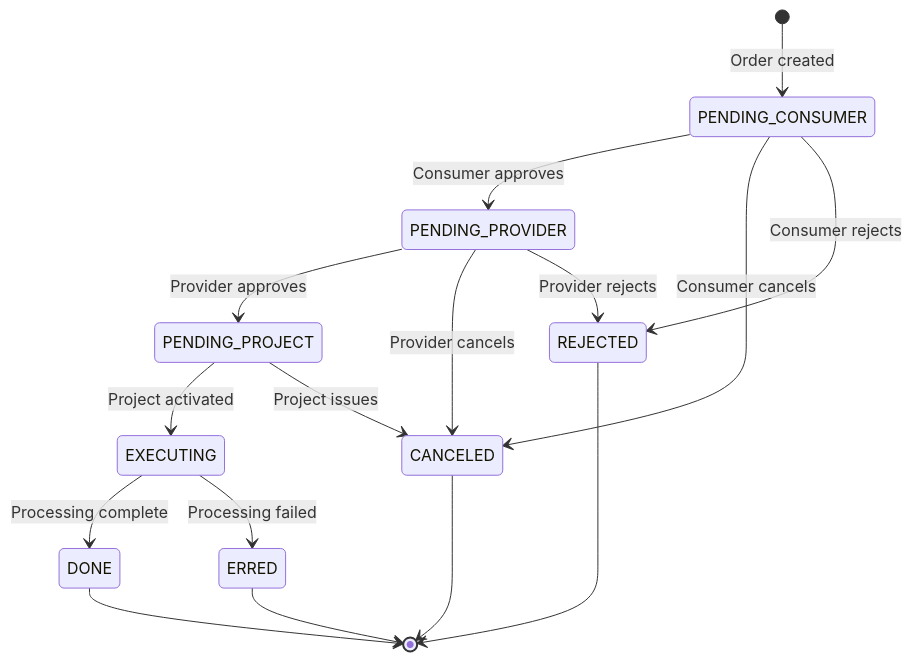
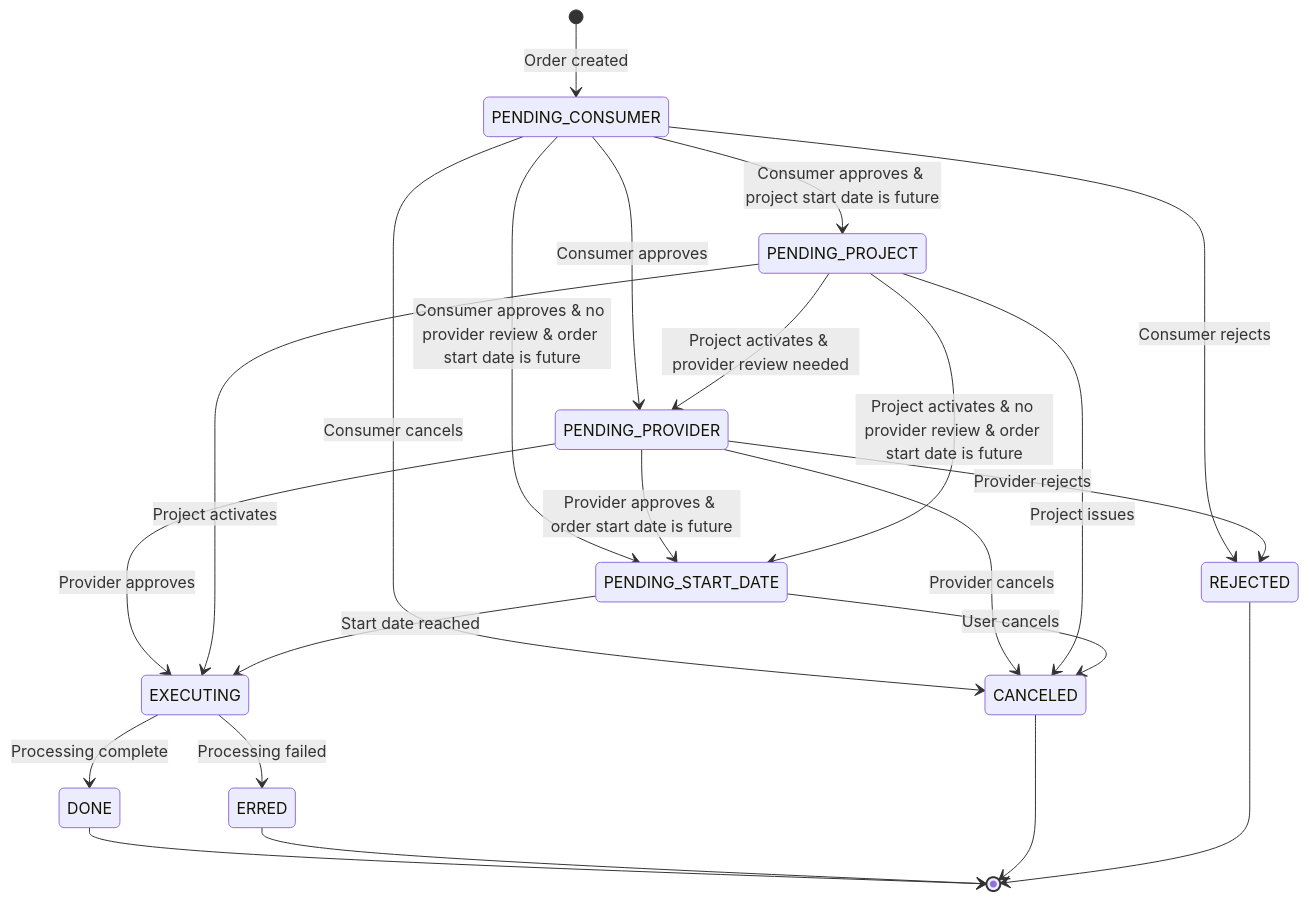
Before and after one commit to waldur/waldur-mastermind: the second of 6 diagrams in docs/core-concepts/marketplace.md, drawn with Mermaid. The commit also changed other lines of this file and 13 other files, not shown here.

````diff
--- a/docs/core-concepts/marketplace.md
+++ b/docs/core-concepts/marketplace.md
@@ -50,23 +50,31 @@
 ```mermaid
 stateDiagram-v2
     [*] --> PENDING_CONSUMER : Order created
 
     PENDING_CONSUMER --> PENDING_PROVIDER : Consumer approves
+    PENDING_CONSUMER --> PENDING_PROJECT : Consumer approves & project start date is future
+    PENDING_CONSUMER --> PENDING_START_DATE : Consumer approves & no provider review & order start date is future
     PENDING_CONSUMER --> CANCELED : Consumer cancels
     PENDING_CONSUMER --> REJECTED : Consumer rejects
 
-    PENDING_PROVIDER --> PENDING_PROJECT : Provider approves
+    PENDING_PROVIDER --> PENDING_START_DATE : Provider approves & order start date is future
+    PENDING_PROVIDER --> EXECUTING : Provider approves
     PENDING_PROVIDER --> CANCELED : Provider cancels
     PENDING_PROVIDER --> REJECTED : Provider rejects
 
-    PENDING_PROJECT --> EXECUTING : Project activated
+    PENDING_PROJECT --> PENDING_PROVIDER: Project activates & provider review needed
+    PENDING_PROJECT --> PENDING_START_DATE: Project activates & no provider review & order start date is future
+    PENDING_PROJECT --> EXECUTING: Project activates
     PENDING_PROJECT --> CANCELED : Project issues
+
+    PENDING_START_DATE --> EXECUTING : Start date reached
+    PENDING_START_DATE --> CANCELED : User cancels
 
     EXECUTING --> DONE : Processing complete
     EXECUTING --> ERRED : Processing failed
 
     DONE --> [*]
     ERRED --> [*]
     CANCELED --> [*]
     REJECTED --> [*]
 ```
````
